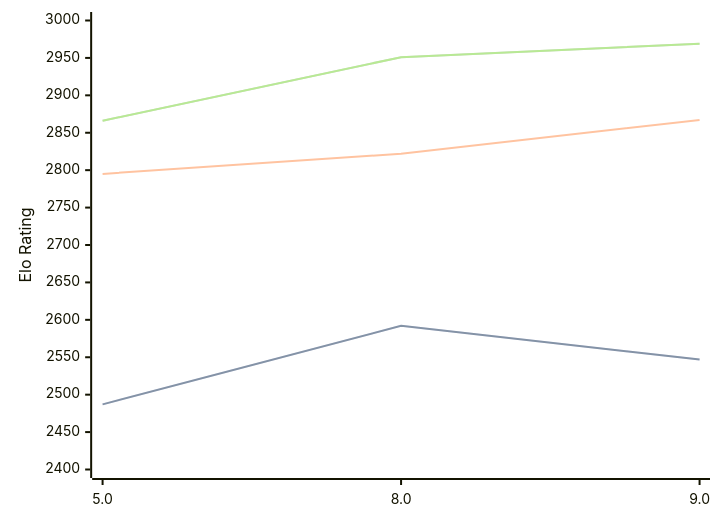
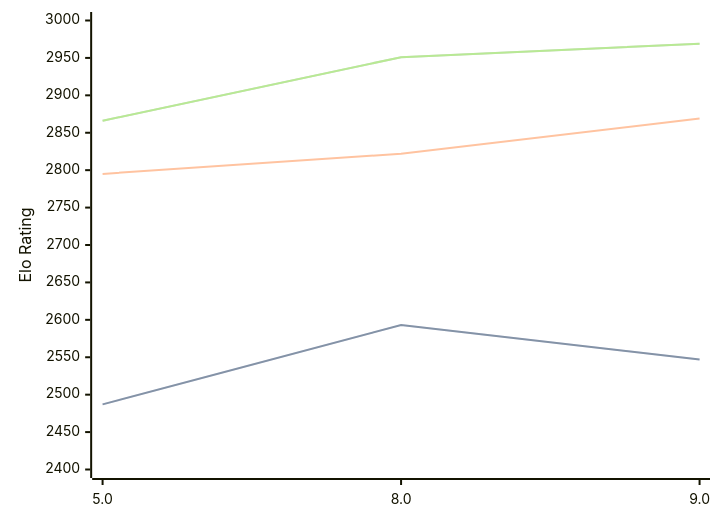
Before and after one commit to computer-chess-index/cci: the diagram in engines/4kc.md, drawn with Mermaid. The commit also changed other lines of this file, not shown here.

````diff
--- a/engines/4kc.md
+++ b/engines/4kc.md
@@ -33,11 +33,11 @@
 ```mermaid
 %%{init: {"theme":"base","themeVariables":{"seriesColors:['#a3a3a3','#222221','#faa371']}}}%%
 xychart-beta
   x-axis ["5.0", "8.0", "9.0"]
   y-axis "Elo Rating" 2400 --> 3000
-  line "" [2487, 2592, 2547]
-  line "STC (8.0+0.08s)" [2487, 2592, 2547]
-  line "LTC (60.0+0.60s)" [2795, 2822, 2867]
+  line "" [2487, 2593, 2547]
+  line "STC (8.0+0.08s)" [2487, 2593, 2547]
+  line "LTC (60.0+0.60s)" [2795, 2822, 2869]
   line "" [2866, 2951, 2969]
   line "VLTC (2m24s+1.12s)" [2866, 2951, 2969]
 ```
````
